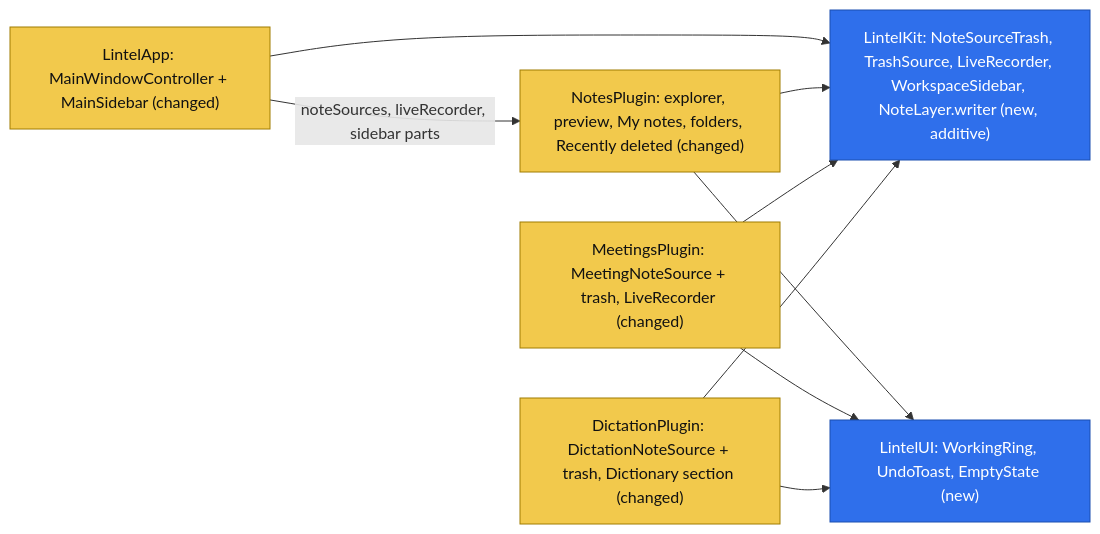
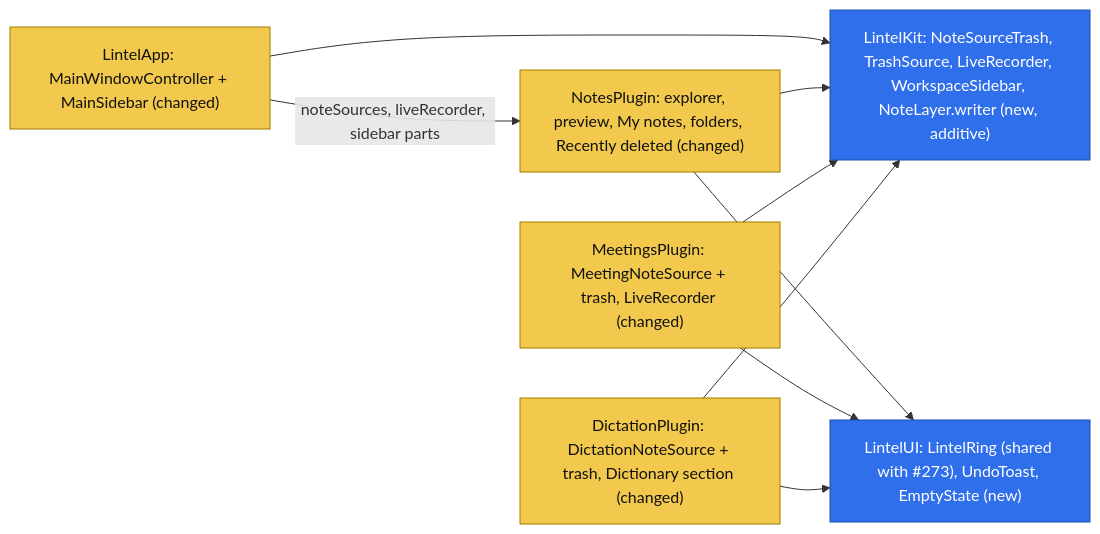
One commit to mjozefiak/lintel changed the first of 2 diagrams in .ai/specs/2026-11-24-notes-explorer-main-window.md. Above: the diagram before and after it, drawn with Mermaid. The commit also changed other lines of this file, not shown here.

First line of the commit message:
docs(specs): batch restore by stamp, manual notes as a TrashSource, one ring with #273

````diff
--- a/.ai/specs/2026-11-24-notes-explorer-main-window.md
+++ b/.ai/specs/2026-11-24-notes-explorer-main-window.md
@@ -67,20 +67,20 @@
 ```mermaid
 flowchart LR
     classDef new fill:#2f6feb,color:#fff,stroke:#1b4fb0
     classDef changed fill:#f2c94c,color:#111,stroke:#a07c00
     classDef existing fill:#e5e7eb,color:#111,stroke:#9ca3af
     shell["LintelApp: MainWindowController + MainSidebar (changed)"]:::changed
     kit["LintelKit: NoteSourceTrash, TrashSource, LiveRecorder, WorkspaceSidebar, NoteLayer.writer (new, additive)"]:::new
-    ui["LintelUI: WorkingRing, UndoToast, EmptyState (new)"]:::new
+    ui["LintelUI: LintelRing (shared with #273), UndoToast, EmptyState (new)"]:::new
     notes["NotesPlugin: explorer, preview, My notes, folders, Recently deleted (changed)"]:::changed
     meet["MeetingsPlugin: MeetingNoteSource + trash, LiveRecorder (changed)"]:::changed
     dict["DictationPlugin: DictationNoteSource + trash, Dictionary section (changed)"]:::changed
     shell --> kit
     notes --> kit
     meet --> kit
     dict --> kit
     notes --> ui
     meet --> ui
     dict --> ui
     shell -->|"noteSources, liveRecorder, sidebar parts"| notes
 ```
````
